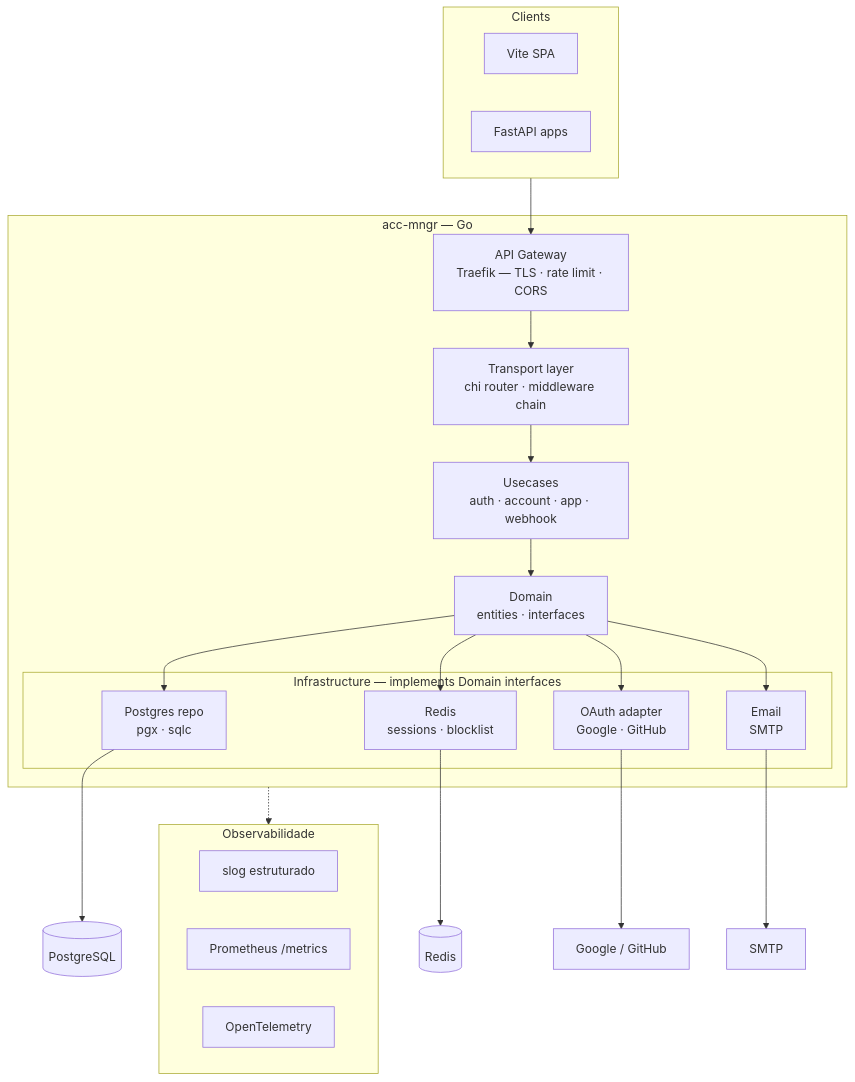
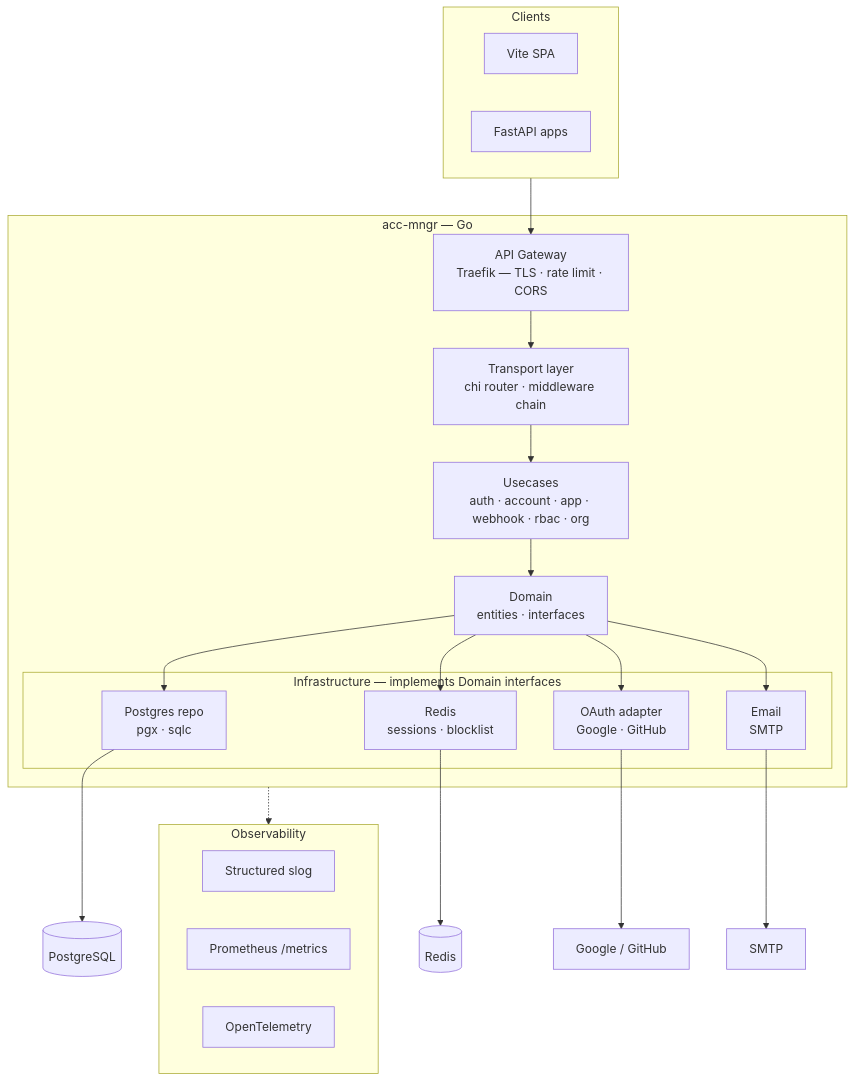
One commit to andersonlimacrv/acc-mngr changed the diagram in README.md. Above: the diagram before and after it, drawn with Mermaid. The commit also changed other lines of this file and 3 other files, not shown here.

Commit message:
docs @ update architecture

````diff
--- a/README.md
+++ b/README.md
@@ -28,41 +59,41 @@
 ```mermaid
 flowchart TD
 
   subgraph Clients [Clients]
     Vite[Vite SPA]
     FastAPI[FastAPI apps]
   end
 
   Clients --> GW[API Gateway\nTraefik — TLS · rate limit · CORS]
 
   subgraph AccMngr [acc-mngr — Go]
     GW --> Transport[Transport layer\nchi router · middleware chain]
-    Transport --> UC[Usecases\nauth · account · app · webhook]
+    Transport --> UC[Usecases\nauth · account · app · webhook · rbac · org]
     UC --> Domain[Domain\nentities · interfaces]
 
     subgraph Infra [Infrastructure — implements Domain interfaces]
       PGRepo[Postgres repo\npgx · sqlc]
       RedisRepo[Redis\nsessions · blocklist]
       OAuthAdapter[OAuth adapter\nGoogle · GitHub]
       EmailAdapter[Email\nSMTP]
     end
 
     Domain --> PGRepo
     Domain --> RedisRepo
     Domain --> OAuthAdapter
     Domain --> EmailAdapter
   end
 
   PGRepo --> DB[(PostgreSQL)]
   RedisRepo --> Cache[(Redis)]
   OAuthAdapter --> OAuth[Google / GitHub]
   EmailAdapter --> SMTP[SMTP]
 
-  subgraph Observability [Observabilidade]
-    Logs[slog estruturado]
+  subgraph Observability [Observability]
+    Logs[Structured slog]
     Metrics[Prometheus /metrics]
     Traces[OpenTelemetry]
   end
 
   AccMngr -.-> Observability
 ```
````
